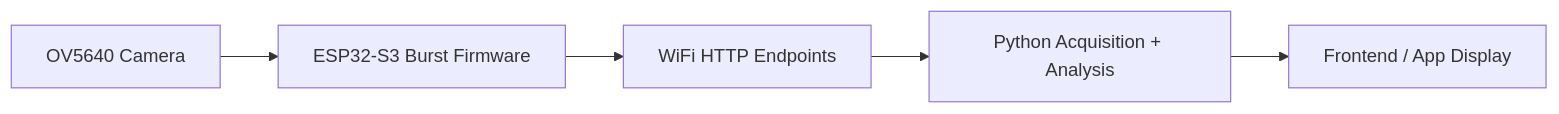
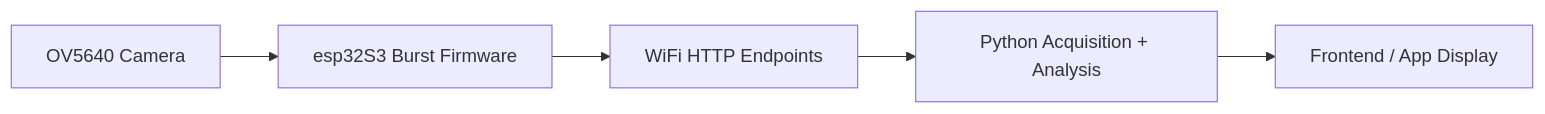
The diagram in notebooks/kyle/README.md (Mithesh1/putter), drawn with Mermaid before and after one commit. The commit also changed other lines of this file and 5 other files, not shown here.

````diff
--- a/notebooks/kyle/README.md
+++ b/notebooks/kyle/README.md
@@ -62,7 +61,7 @@
 ```mermaid
 flowchart LR
-    A["OV5640 Camera"] --> B["ESP32-S3 Burst Firmware"]
+    A["OV5640 Camera"] --> B["esp32S3 Burst Firmware"]
     B --> C["WiFi HTTP Endpoints"]
     C --> D["Python Acquisition + Analysis"]
     D --> E["Frontend / App Display"]
 ```
````
